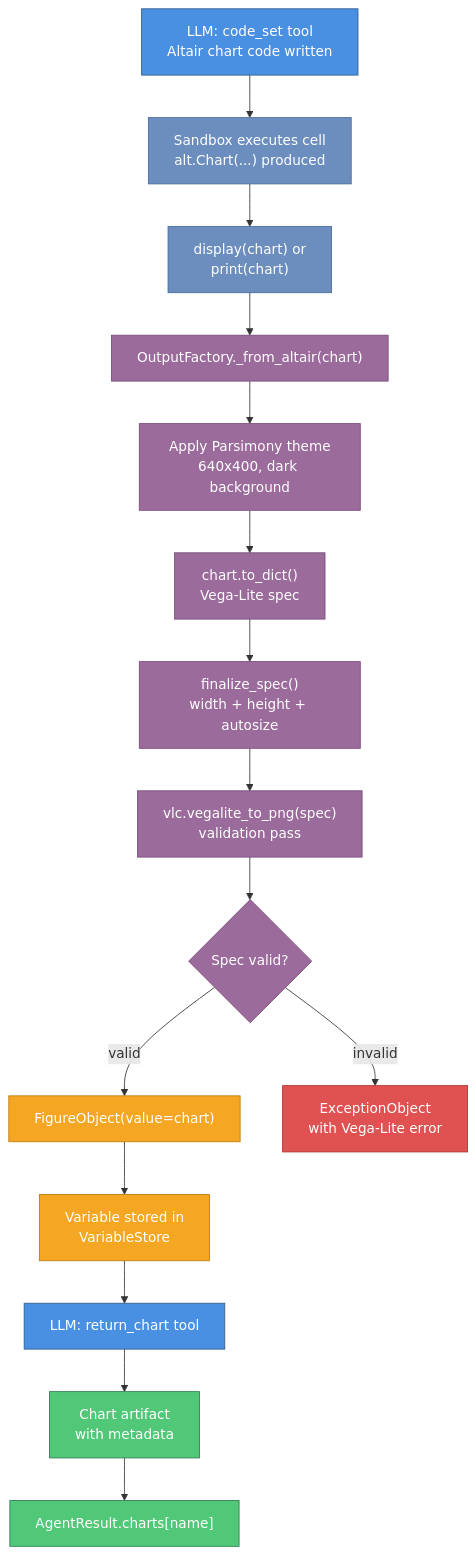
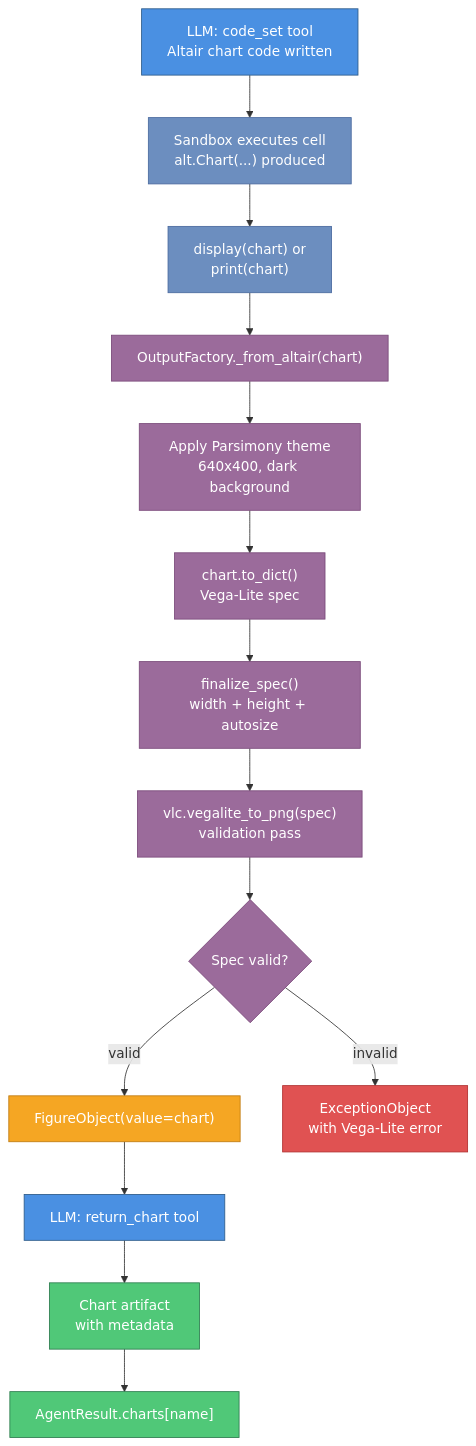
Before and after one commit to ockham-sh/parsimony-agents: the fourth of 4 diagrams in docs/ARCHITECTURE.md, drawn with Mermaid. The commit also changed other lines of this file and 47 other files, not shown here.

First line of the commit message:
refactor(agent): file-backed notebooks, remove VariableStore, ordered returns

````diff
--- a/docs/ARCHITECTURE.md
+++ b/docs/ARCHITECTURE.md
@@ -754,29 +738,28 @@
 ```mermaid
 graph TD
     classDef llm fill:#4A90E2,stroke:#2E5C8A,color:#fff
     classDef sandbox fill:#6C8EBF,stroke:#4A6A9F,color:#fff
     classDef factory fill:#9B6B9B,stroke:#7A4A7A,color:#fff
     classDef store fill:#F5A623,stroke:#C07B10,color:#fff
     classDef output fill:#50C878,stroke:#2E7D50,color:#fff
     classDef error fill:#E05252,stroke:#B03030,color:#fff
 
     A["LLM: code_set tool\nAltair chart code written"]:::llm
     B["Sandbox executes cell\nalt.Chart(...) produced"]:::sandbox
     C["display(chart) or\nprint(chart)"]:::sandbox
     D["OutputFactory._from_altair(chart)"]:::factory
     E["Apply Parsimony theme\n640x400, dark background"]:::factory
     F["chart.to_dict()\nVega-Lite spec"]:::factory
     G["finalize_spec()\nwidth + height + autosize"]:::factory
     H["vlc.vegalite_to_png(spec)\nvalidation pass"]:::factory
     I{"Spec valid?"}:::factory
     J["FigureObject(value=chart)"]:::store
     K["ExceptionObject\nwith Vega-Lite error"]:::error
-    L["Variable stored in\nVariableStore"]:::store
     M["LLM: return_chart tool"]:::llm
     N["Chart artifact\nwith metadata"]:::output
     O["AgentResult.charts[name]"]:::output
 
     A --> B --> C --> D --> E --> F --> G --> H --> I
-    I -->|"valid"| J --> L --> M --> N --> O
+    I -->|"valid"| J --> M --> N --> O
     I -->|"invalid"| K
 ```
````
